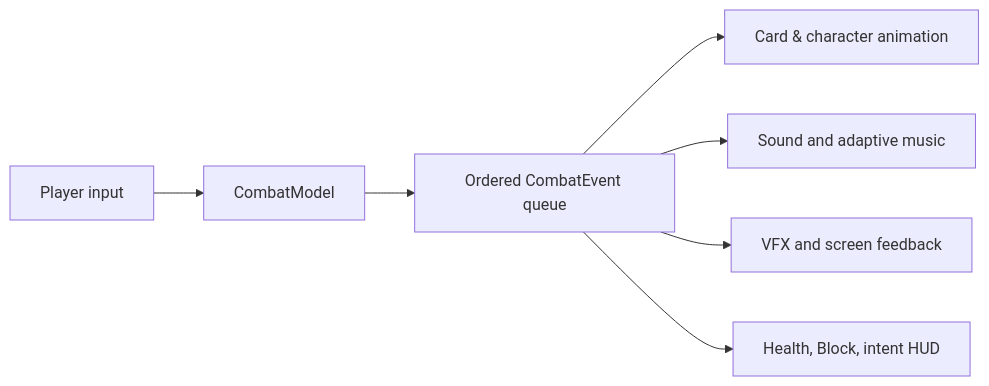
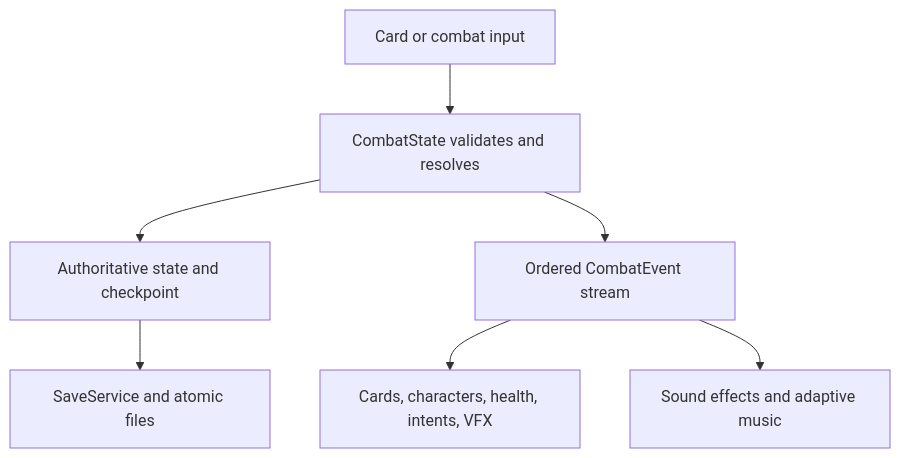
The second of 2 diagrams in README.md (riverhine1-max/gilded-fate), drawn with Mermaid before and after one commit. The commit also changed other lines of this file, not shown here.

````diff
--- a/README.md
+++ b/README.md
@@ -158,9 +138,9 @@
 ```mermaid
-flowchart LR
-    I[Player input] --> M[CombatModel]
-    M --> Q[Ordered CombatEvent queue]
-    Q --> A[Card & character animation]
-    Q --> S[Sound and adaptive music]
-    Q --> V[VFX and screen feedback]
-    Q --> H[Health, Block, intent HUD]
+flowchart TD
+    Input[Card or combat input] --> Model[CombatState validates and resolves]
+    Model --> State[Authoritative state and checkpoint]
+    Model --> Events[Ordered CombatEvent stream]
+    Events --> Visual[Cards, characters, health, intents, VFX]
+    Events --> Audio[Sound effects and adaptive music]
+    State --> Save[SaveService and atomic files]
 ```
````
